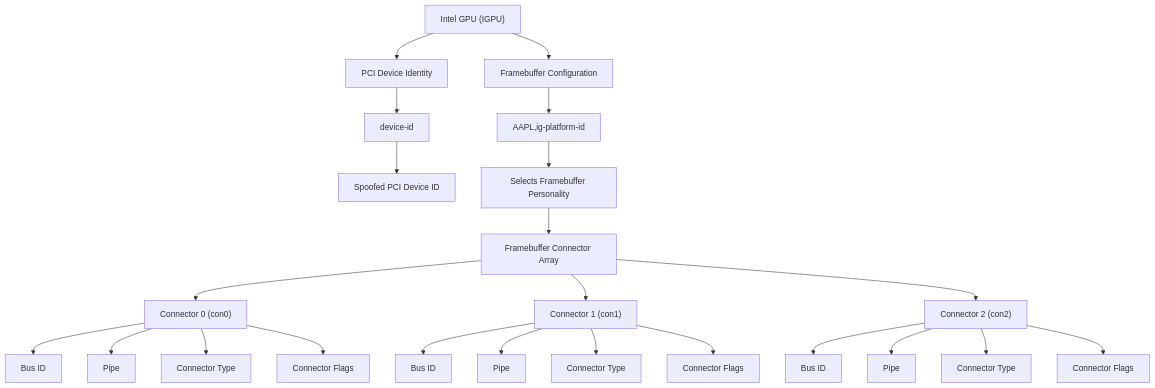
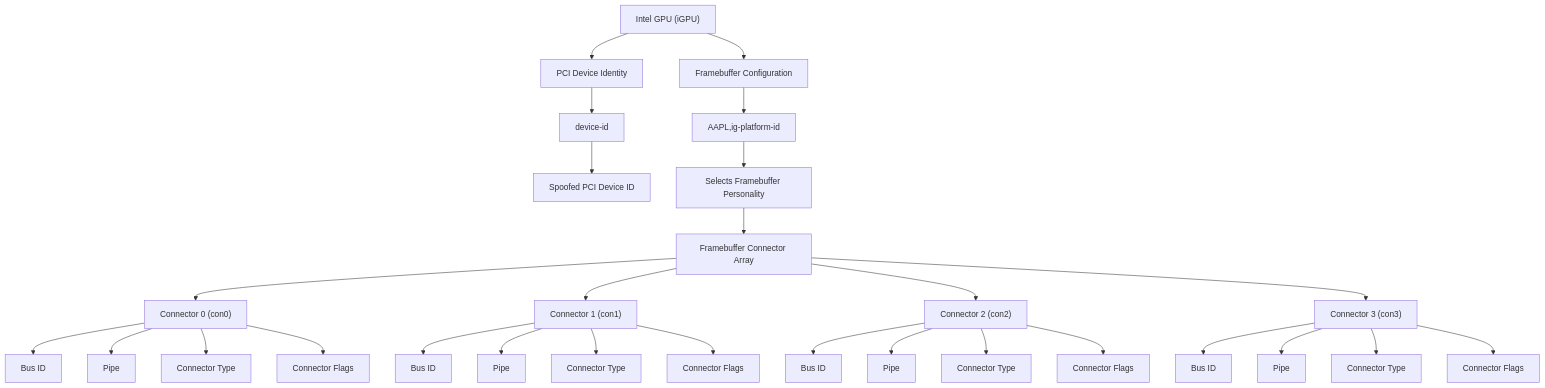
One commit to 5T33Z0/vbt2fbpatch changed the diagram in docs/Understanding_FB-Patches.md. Above: the diagram before and after it, drawn with Mermaid. The commit also changed other lines of this file, not shown here.

````diff
--- a/docs/Understanding_FB-Patches.md
+++ b/docs/Understanding_FB-Patches.md
@@ -123,34 +17,40 @@
 ```mermaid
 flowchart TD
-    A["Intel GPU (IGPU)"]
+    A["Intel GPU (iGPU)"]
 
     A --> B["PCI Device Identity"]
     A --> C["Framebuffer Configuration"]
 
     B --> D["device-id"]
     D --> E["Spoofed PCI Device ID"]
 
     C --> F["AAPL,ig-platform-id"]
     F --> G["Selects Framebuffer Personality"]
 
     G --> H["Framebuffer Connector Array"]
 
     H --> I["Connector 0 (con0)"]
     H --> J["Connector 1 (con1)"]
     H --> K["Connector 2 (con2)"]
+    H --> L["Connector 3 (con3)"]
 
-    I --> L["Bus ID"]
-    I --> M["Pipe"]
-    I --> N["Connector Type"]
-    I --> O["Connector Flags"]
+    I --> M["Bus ID"]
+    I --> N["Pipe"]
+    I --> O["Connector Type"]
+    I --> P["Connector Flags"]
 
-    J --> P["Bus ID"]
-    J --> Q["Pipe"]
-    J --> R["Connector Type"]
-    J --> S["Connector Flags"]
+    J --> Q["Bus ID"]
+    J --> R["Pipe"]
+    J --> S["Connector Type"]
+    J --> T["Connector Flags"]
 
-    K --> T["Bus ID"]
-    K --> U["Pipe"]
-    K --> V["Connector Type"]
-    K --> W["Connector Flags"]
+    K --> U["Bus ID"]
+    K --> V["Pipe"]
+    K --> W["Connector Type"]
+    K --> X["Connector Flags"]
+
+    L --> Y["Bus ID"]
+    L --> Z["Pipe"]
+    L --> AA["Connector Type"]
+    L --> AB["Connector Flags"]
 ```
````
